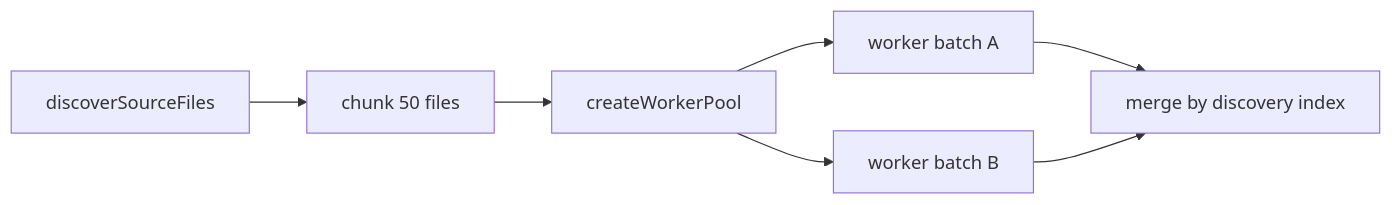
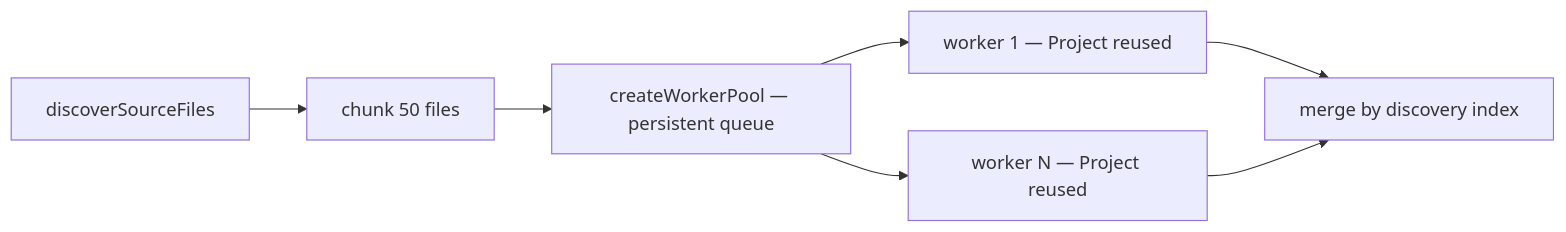
One commit to AlanTaranti/hotspot-scanner changed the second of 3 diagrams in .specs/codebase/ARCHITECTURE.md. Above: the diagram before and after it, drawn with Mermaid. The commit also changed other lines of this file and 61 other files, not shown here.

````diff
--- a/.specs/codebase/ARCHITECTURE.md
+++ b/.specs/codebase/ARCHITECTURE.md
@@ -159,9 +164,9 @@
 ```mermaid
 flowchart LR
   Discover[discoverSourceFiles] --> Chunk[chunk 50 files]
-  Chunk --> Pool[createWorkerPool]
-  Pool --> W1[worker batch A]
-  Pool --> W2[worker batch B]
+  Chunk --> Pool["createWorkerPool — persistent queue"]
+  Pool --> W1["worker 1 — Project reused"]
+  Pool --> W2["worker N — Project reused"]
   W1 --> Merge[merge by discovery index]
   W2 --> Merge
 ```
````
